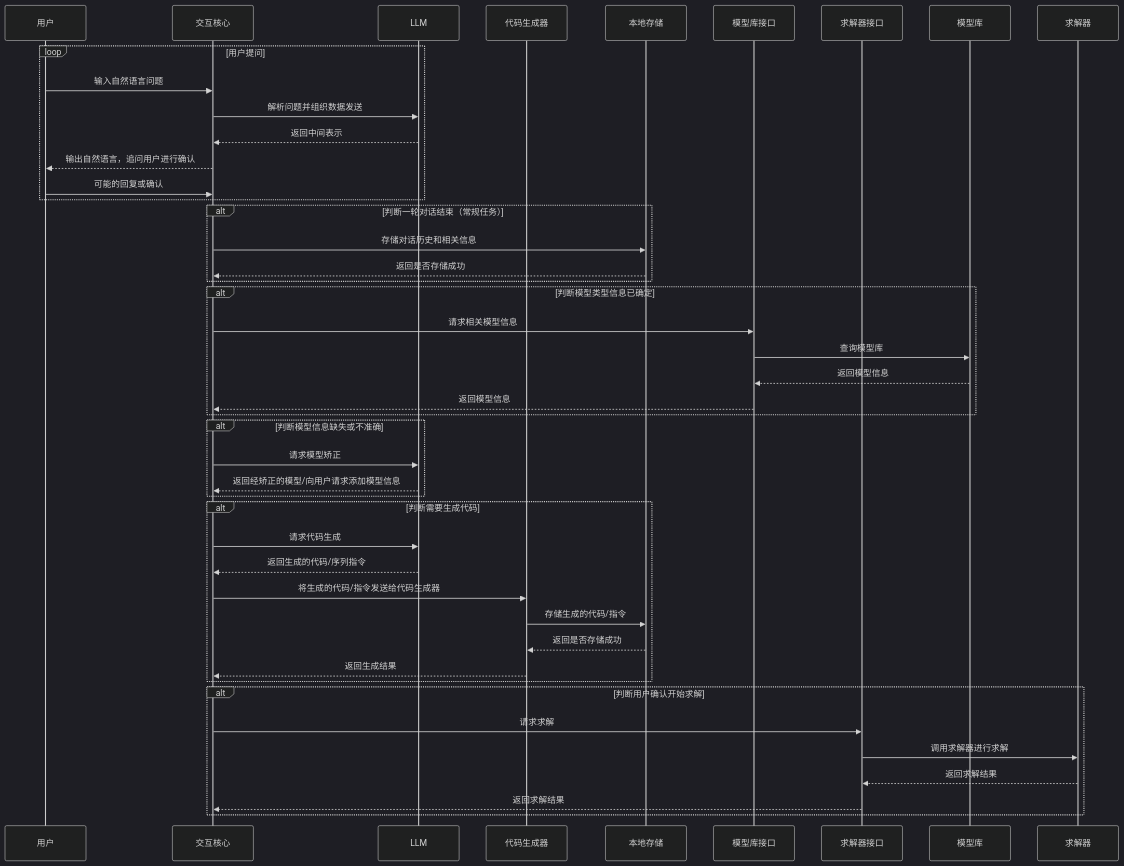
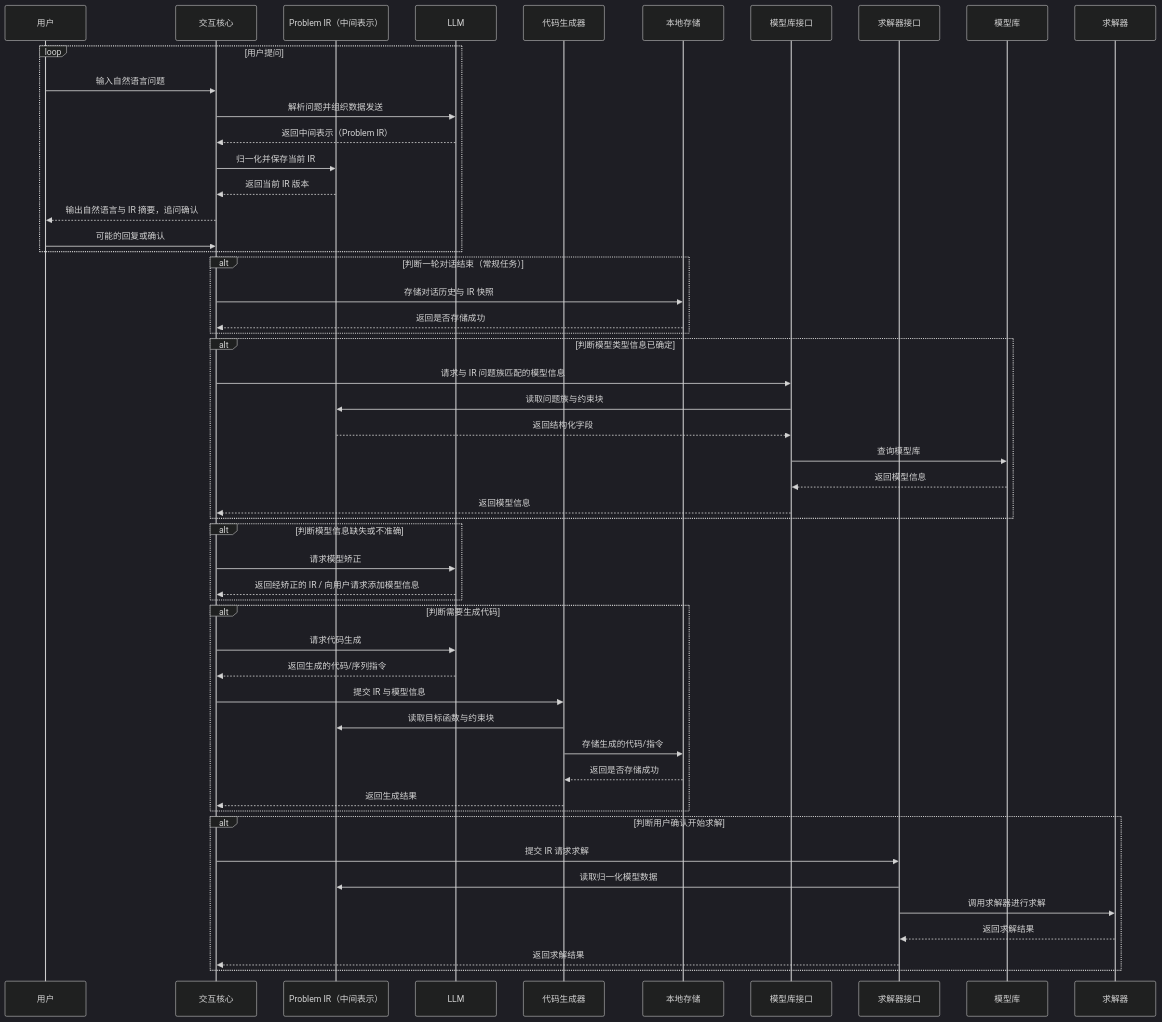
One commit to suifengwudong/NL2OR_agent changed the second of 3 diagrams in docs/flowchart.md. Above: the diagram before and after it, drawn with Mermaid (dark theme). The commit also changed other lines of this file and 4 other files, not shown here.

````diff
--- a/docs/flowchart.md
+++ b/docs/flowchart.md
@@ -36,47 +47,54 @@
 ```mermaid
 sequenceDiagram
     participant User as 用户
     participant InteractCore as 交互核心
+    participant IR as Problem IR（中间表示）
     participant LLM as LLM
     participant CodeGenerator as 代码生成器
     participant LocalStorage as 本地存储
     participant ModelParser as 模型库接口
     participant SolverInterface as 求解器接口
     participant ModelBank as 模型库
     participant Solver as 求解器
     loop 用户提问
         User->>InteractCore: 输入自然语言问题
         InteractCore->>LLM: 解析问题并组织数据发送
-        LLM-->>InteractCore: 返回中间表示
-        InteractCore-->>User: 输出自然语言，追问用户进行确认
+        LLM-->>InteractCore: 返回中间表示（Problem IR）
+        InteractCore->>IR: 归一化并保存当前 IR
+        IR-->>InteractCore: 返回当前 IR 版本
+        InteractCore-->>User: 输出自然语言与 IR 摘要，追问确认
         User->>InteractCore: 可能的回复或确认
     end
     alt 判断一轮对话结束（常规任务）
-        InteractCore->>LocalStorage: 存储对话历史和相关信息
+        InteractCore->>LocalStorage: 存储对话历史与 IR 快照
         LocalStorage-->>InteractCore: 返回是否存储成功
     end
     alt 判断模型类型信息已确定
-        InteractCore->>ModelParser: 请求相关模型信息
+        InteractCore->>ModelParser: 请求与 IR 问题族匹配的模型信息
+        ModelParser->>IR: 读取问题族与约束块
+        IR-->>ModelParser: 返回结构化字段
         ModelParser->>ModelBank: 查询模型库
         ModelBank-->>ModelParser: 返回模型信息
         ModelParser-->>InteractCore: 返回模型信息
     end
     alt 判断模型信息缺失或不准确
         InteractCore->>LLM: 请求模型矫正
-        LLM-->>InteractCore: 返回经矫正的模型/向用户请求添加模型信息
+        LLM-->>InteractCore: 返回经矫正的 IR / 向用户请求添加模型信息
     end
     alt 判断需要生成代码
         InteractCore->>LLM: 请求代码生成
         LLM-->>InteractCore: 返回生成的代码/序列指令
-        InteractCore->>CodeGenerator: 将生成的代码/指令发送给代码生成器
+        InteractCore->>CodeGenerator: 提交 IR 与模型信息
+        CodeGenerator->>IR: 读取目标函数与约束块
         CodeGenerator->>LocalStorage: 存储生成的代码/指令
         LocalStorage-->>CodeGenerator: 返回是否存储成功
         CodeGenerator-->>InteractCore: 返回生成结果
     end
     alt 判断用户确认开始求解
-        InteractCore->>SolverInterface: 请求求解
+        InteractCore->>SolverInterface: 提交 IR 请求求解
+        SolverInterface->>IR: 读取归一化模型数据
         SolverInterface->>Solver: 调用求解器进行求解
         Solver-->>SolverInterface: 返回求解结果
         SolverInterface-->>InteractCore: 返回求解结果
     end
 ```
````
